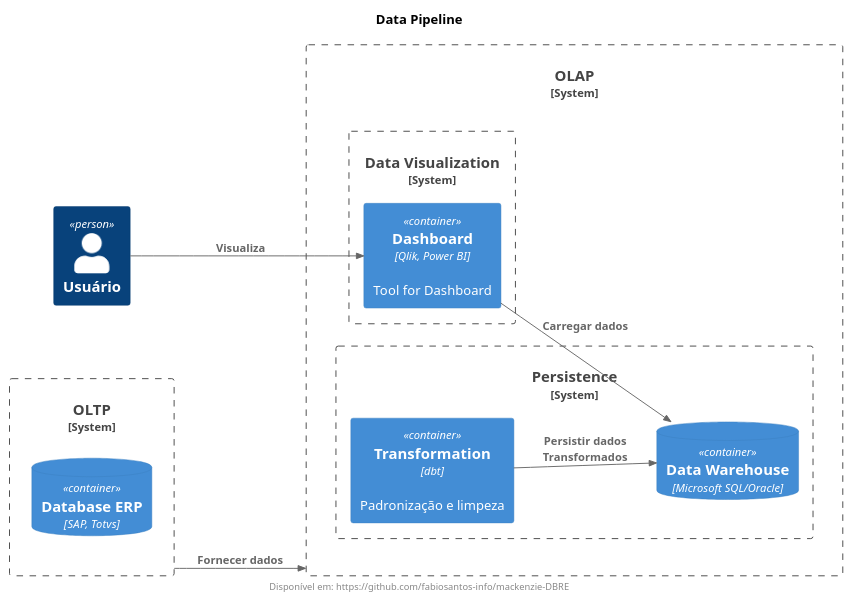
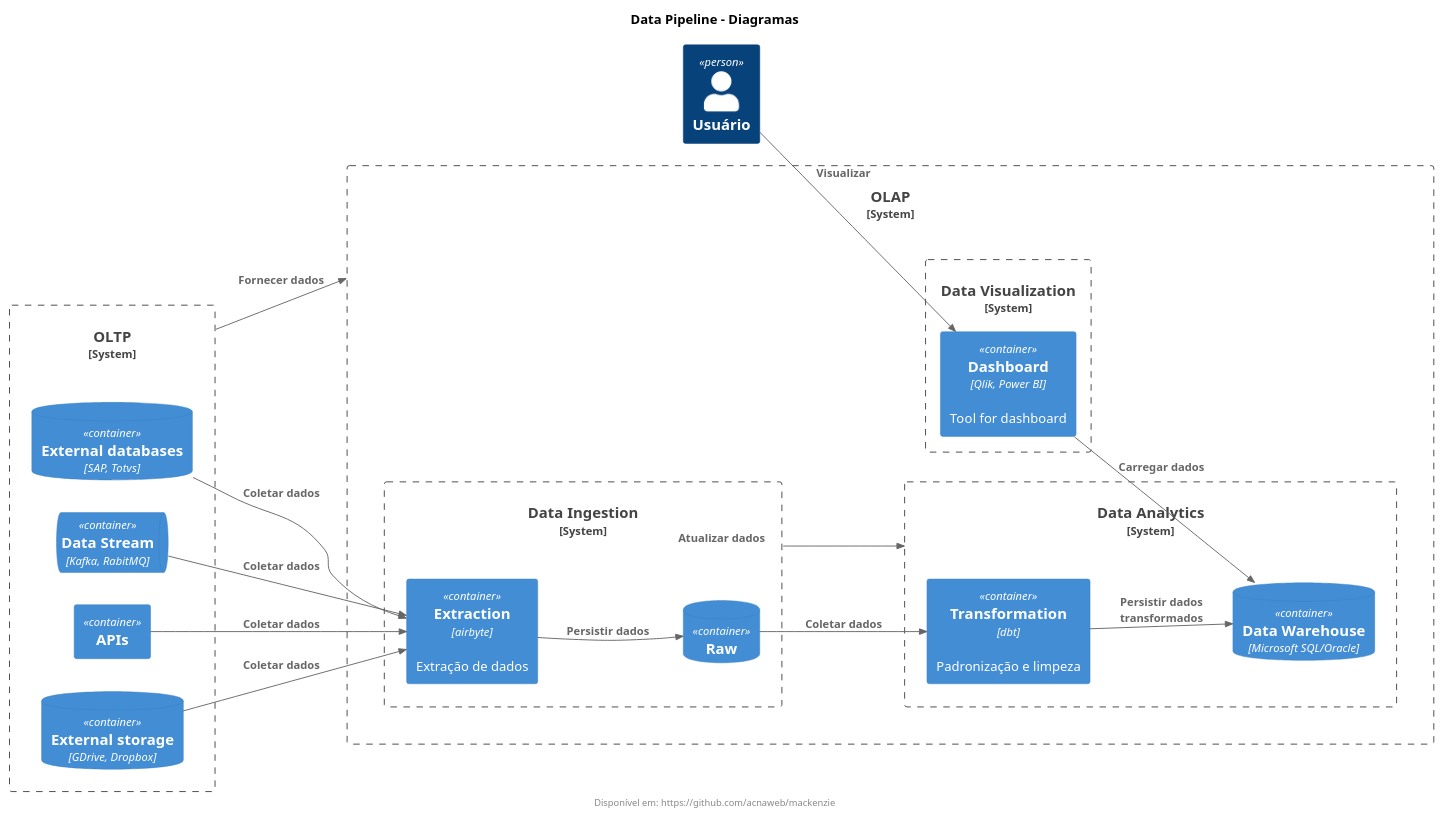
One commit to acnaweb/mackenzie changed the diagram in diagrams/data_pipeline.wsd. Above: the diagram before and after it, drawn with PlantUML. The commit also changed 1 other file, not shown here.

Commit message:
Plantuml

```diff
--- a/diagrams/data_pipeline.wsd
+++ b/diagrams/data_pipeline.wsd
@@ -1,32 +1,50 @@
-@startuml
+@startuml data_pipeline
 !include https://raw.githubusercontent.com/plantuml-stdlib/C4-PlantUML/master/C4_Container.puml
-title "Data Pipeline"
-footer Disponível em: https://github.com/fabiosantos-info/mackenzie-DBRE
-
+title Data Pipeline - Diagramas
+footer Disponível em: https://github.com/acnaweb/mackenzie
 LAYOUT_LEFT_RIGHT()
 
-Person(User, "Usuário")
+Person(user, "Usuário")
 
 System_Boundary(olap, "OLAP") {
 
-System_Boundary(dataviz, "Data Visualization") {
-    Container(dash, "Dashboard", "Qlik, Power BI", "Tool for Dashboard")
-}
+    System_Boundary(dataviz, "Data Visualization") {
+        Container(dash, "Dashboard", "Qlik, Power BI", "Tool for dashboard")
+    }
 
-System_Boundary(persistence, "Persistence") {
-    ContainerDb(dw, "Data Warehouse", "Microsoft SQL/Oracle")
-    Container(transformation, "Transformation", "dbt", "Padronização e limpeza")
-}
+    System_Boundary(analytics, "Data Analytics") {
+        ContainerDb(dw, "Data Warehouse", "Microsoft SQL/Oracle")
+        Container(transformation, "Transformation", "dbt", "Padronização e limpeza")
+    }
 
+    System_Boundary(ingestion, "Data Ingestion") {
+        ContainerDb(raw, "Raw")
+        Container(extraction, "Extraction", "airbyte", "Extração de dados")
+    }
 }
 
 System_Boundary(oltp, "OLTP") {
-    ContainerDb(db_erp, "Database ERP", "SAP, Totvs")    
+    ContainerDb(external_db, "External databases", "SAP, Totvs")
+    ContainerQueue(external_queue, "Data Stream", "Kafka, RabitMQ")
+    Container(external_api, "APIs")
+    ContainerDb(external_storage, "External storage", "GDrive, Dropbox")
 }
 
+Rel(external_db, extraction, "Coletar dados")
+Rel(external_queue, extraction, "Coletar dados")
+Rel(external_api, extraction, "Coletar dados")
+Rel(external_storage, extraction, "Coletar dados")
+Rel(extraction, raw, "Persistir dados")
 
-Rel(User, dash, "Visualiza")
+Rel(oltp, olap, "Fornecer dados")
+Rel(ingestion, analytics, "Atualizar dados")
+
+Rel(user, dash, "Visualizar")
 Rel(dash, dw, "Carregar dados")
-Rel(oltp, olap, "Fornecer dados")
-Rel(transformation, dw, "Persistir dados Transformados")
+
+Rel(transformation, dw, "Persistir dados transformados")
+Rel(raw, transformation, "Coletar dados")
+
+
+
 @enduml
```
